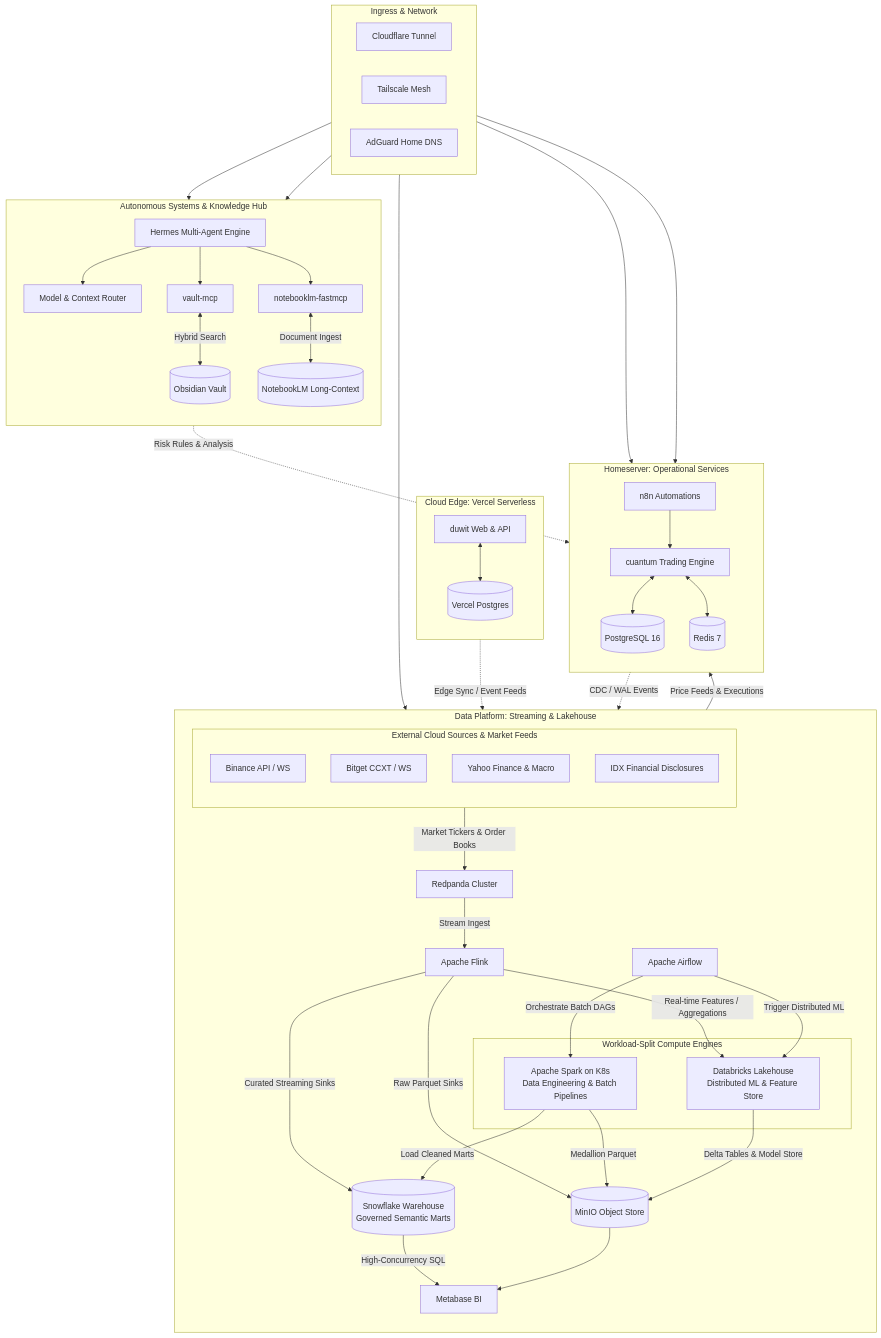
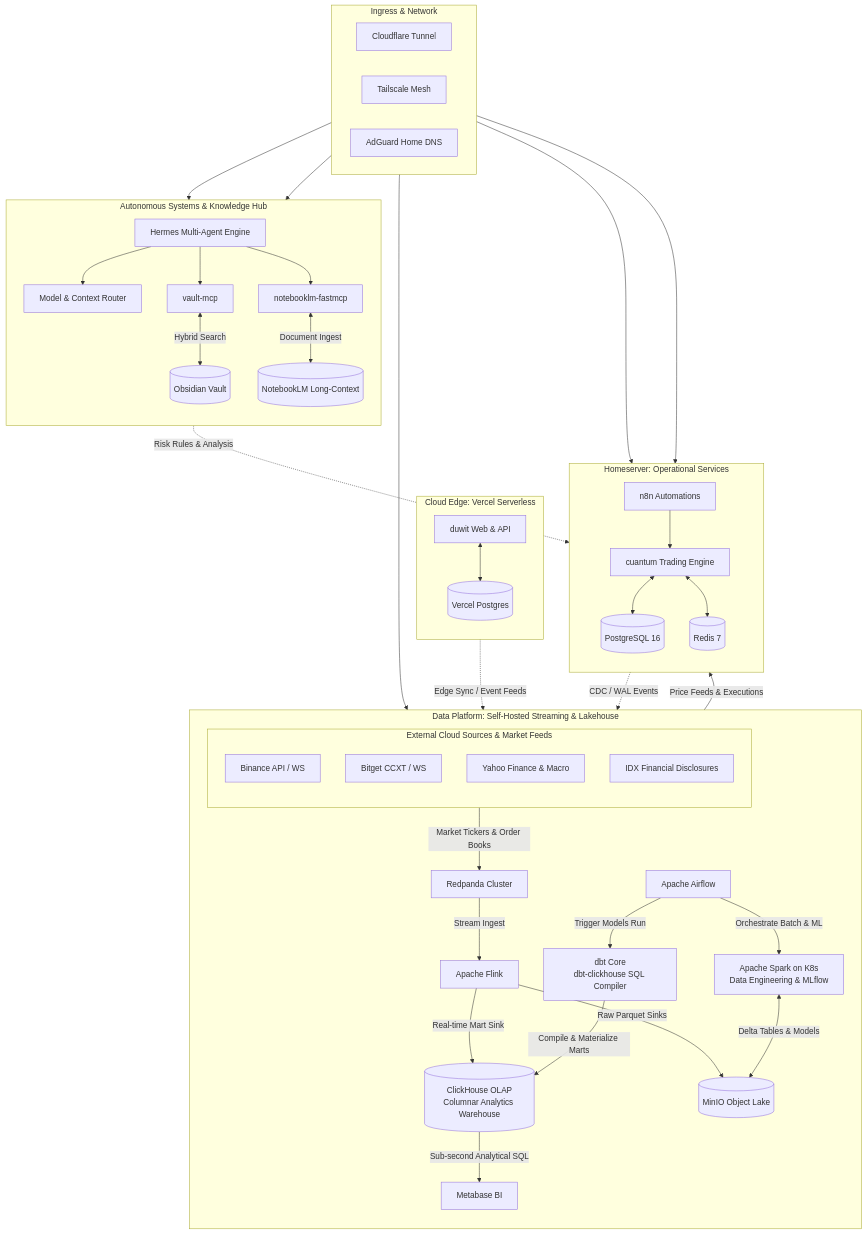
Before and after one commit to mpandudc/mpandudc: the diagram in README.md, drawn with Mermaid. The commit also changed other lines of this file, not shown here.

Commit message:
docs: align data platform to 100% self-hosted stack replacing Snowflake/Databricks with ClickHouse and dbt Core

```diff
--- a/README.md
+++ b/README.md
@@ -50,19 +50,15 @@
         N8N --> CUANTUM
     end
 
-    subgraph DATA_PLATFORM [Data Platform: Streaming & Lakehouse]
+    subgraph DATA_PLATFORM [Data Platform: Self-Hosted Streaming & Lakehouse]
         direction TB
         REDPANDA[Redpanda Cluster]
         FLINK[Apache Flink]
         AIRFLOW[Apache Airflow]
-        MINIO[(MinIO Object Store)]
-        
-        subgraph COMPUTE_SPLIT [Workload-Split Compute Engines]
-            SPARK[Apache Spark on K8s<br/>Data Engineering & Batch Pipelines]
-            DATABRICKS[Databricks Lakehouse<br/>Distributed ML & Feature Store]
-        end
-        
-        SNOWFLAKE[(Snowflake Warehouse<br/>Governed Semantic Marts)]
+        MINIO[(MinIO Object Lake)]
+        SPARK[Apache Spark on K8s<br/>Data Engineering & MLflow]
+        CLICKHOUSE[(ClickHouse OLAP<br/>Columnar Analytics Warehouse)]
+        DBT[dbt Core<br/>dbt-clickhouse SQL Compiler]
         METABASE[Metabase BI]
 
         PG -.->|CDC / WAL Events| REDPANDA
@@ -71,16 +67,15 @@
         CLOUD_FEEDS -->|Price Feeds & Executions| CUANTUM
         
         REDPANDA -->|Stream Ingest| FLINK
-        FLINK -->|Real-time Features / Aggregations| DATABRICKS
-        FLINK -->|Curated Streaming Sinks| SNOWFLAKE
+        FLINK -->|Real-time Mart Sink| CLICKHOUSE
         FLINK -->|Raw Parquet Sinks| MINIO
-        AIRFLOW -->|Orchestrate Batch DAGs| SPARK
-        AIRFLOW -->|Trigger Distributed ML| DATABRICKS
-        SPARK -->|Medallion Parquet| MINIO
-        DATABRICKS -->|Delta Tables & Model Store| MINIO
-        SPARK -->|Load Cleaned Marts| SNOWFLAKE
-        SNOWFLAKE -->|High-Concurrency SQL| METABASE
-        MINIO --> METABASE
+        
+        AIRFLOW -->|Orchestrate Batch & ML| SPARK
+        AIRFLOW -->|Trigger Models Run| DBT
+        SPARK <-->|Delta Tables & Models| MINIO
+        
+        DBT -->|Compile & Materialize Marts| CLICKHOUSE
+        CLICKHOUSE -->|Sub-second Analytical SQL| METABASE
     end
 
     subgraph AI_KNOWLEDGE [Autonomous Systems & Knowledge Hub]
```
